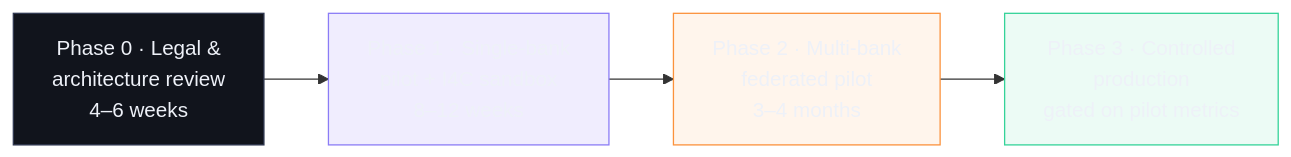
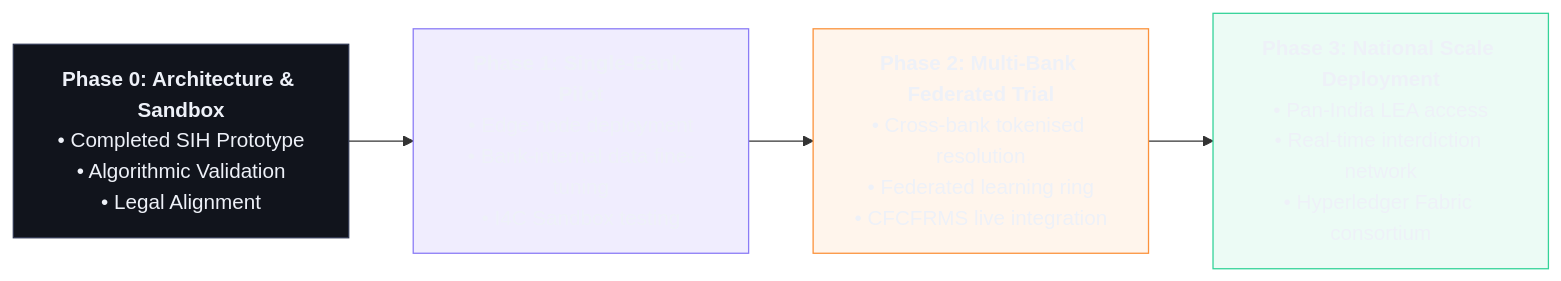
One commit to Pranav-Pardeshii/Ovi-V3 changed the seventh of 7 diagrams in README.md. Above: the diagram before and after it, drawn with Mermaid. The commit also changed other lines of this file, not shown here.

Commit message:
docs: revamp README for SIH screening round with unified features and executive summary

````diff
--- a/README.md
+++ b/README.md
@@ -547,10 +517,11 @@
 ```mermaid
 flowchart LR
-    P0["Phase 0 · Legal &<br/>architecture review<br/>4–6 weeks"] --> P1["Phase 1 · Single-bank<br/>pilot + I4C sandbox<br/>8–12 weeks"]
-    P1 --> P2["Phase 2 · Multi-bank<br/>federated pilot<br/>3–4 months"]
-    P2 --> P3["Phase 3 · Controlled<br/>production<br/>gated on pilot metrics"]
+    P0["<b>Phase 0: Architecture & Sandbox</b><br/>• Completed SIH Prototype<br/>• Algorithmic Validation<br/>• Legal Alignment"] --> P1["<b>Phase 1: Single-Bank Pilot</b><br/>• Edge node deployment<br/>• Bank-internal data fine-tuning<br/>• I4C Sandbox testing"]
+    P1 --> P2["<b>Phase 2: Multi-Bank Federated Trial</b><br/>• Cross-bank tokenised resolution<br/>• Federated learning ring<br/>• CFCFRMS live integration"]
+    P2 --> P3["<b>Phase 3: National Scale Deployment</b><br/>• Pan-India LEA access<br/>• Real-time interdiction network<br/>• Hyperledger Fabric consortium"]
+
     style P0 fill:#11141C,stroke:#303851,color:#EEF1F8
     style P1 fill:#8B7CF622,stroke:#8B7CF6,color:#EEF1F8
     style P2 fill:#FB923C18,stroke:#FB923C,color:#EEF1F8
     style P3 fill:#34D39918,stroke:#34D399,color:#EEF1F8
 ```
````
